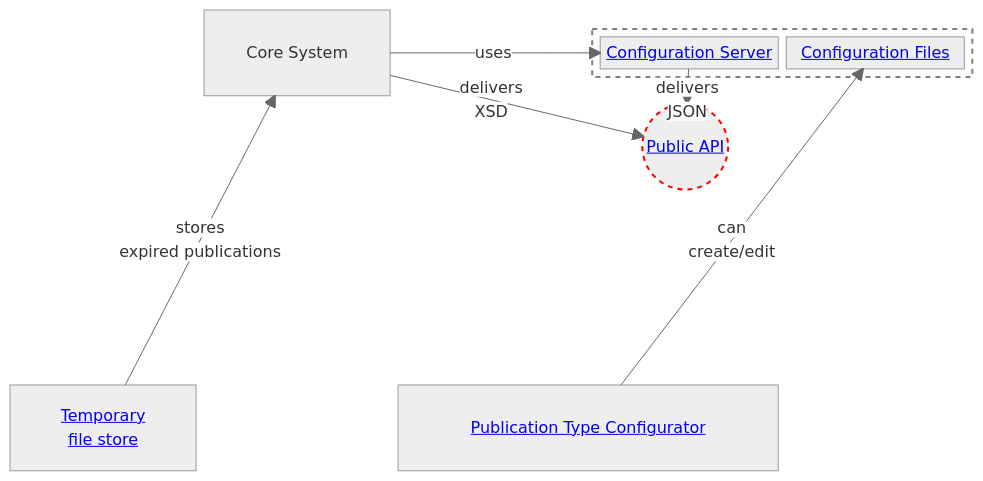
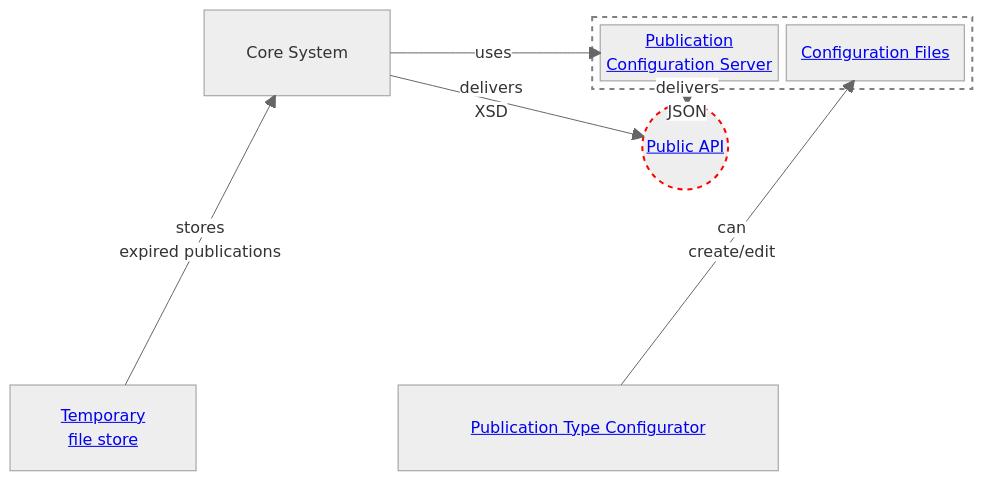
Before and after one commit to officialgazette/big-picture: the fourth of 4 diagrams in README.md, drawn with Mermaid.

````diff
--- a/README.md
+++ b/README.md
@@ -171,43 +171,44 @@
 ```mermaid
 
 %%{
   init: {
     'theme': 'neutral'
   }
 }%%
 
 block-beta
 columns 4
 
 space
   core["Core System"] space
 block:scope:2
-configServer["<a href='https://github.com/officialgazette/publication-configurator-server'>Configuration Server</a>"]
+configServer["<a href='https://github.com/officialgazette/publication-configurator-server'>Publication
+Configuration Server</a>"]
 termsConfig["<a href='https://github.com/officialgazette/publication-standard'>Configuration Files</a>"]
 end
 space:3
 api(("<a href='https://amtsblattportal.ch/docs/api'>Public API</a>"))
 space:8
 tempStore["<a href='https://github.com/officialgazette/publication-archive'>Temporary
 file store</a>"]
 space
 
 Config["<a href='https://github.com/officialgazette/publication-configurator'>Publication Type Configurator</a>"]:2
 
 
 Config--"can
 create/edit"-->termsConfig
 core--"uses"-->configServer
 tempStore--"stores
 expired publications"-->core
 core--"delivers
 XSD"-->api
 configServer--"delivers
 JSON"-->api
 
 
 
 
 style scope stroke:grey,stroke-width:2px,color:#fff,stroke-dasharray: 5 5
 style api stroke:red,stroke-width:2px,color:grey,stroke-dasharray: 5 5
 ```
````
